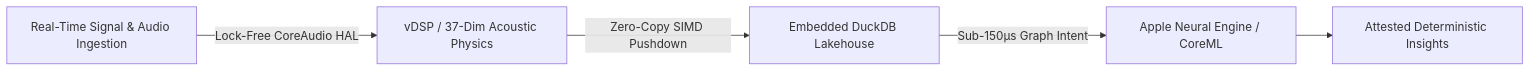
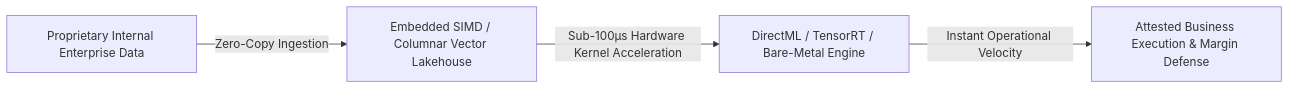
Before and after one commit to adamscarmccoy-boop/adamscarmccoy-boop: the diagram in README.md, drawn with Mermaid. The commit also changed other lines of this file, not shown here.

````diff
--- a/README.md
+++ b/README.md
@@ -38,7 +46,6 @@
 ```mermaid
 graph LR
-    A[Real-Time Signal & Audio Ingestion] -->|Lock-Free CoreAudio HAL| B[vDSP / 37-Dim Acoustic Physics]
-    B -->|Zero-Copy SIMD Pushdown| C[Embedded DuckDB Lakehouse]
-    C -->|Sub-150µs Graph Intent| D[Apple Neural Engine / CoreML]
-    D --> E[Attested Deterministic Insights]
+    A[Proprietary Internal Enterprise Data] -->|Zero-Copy Ingestion| B[Embedded SIMD / Columnar Vector Lakehouse]
+    B -->|Sub-100µs Hardware Kernel Acceleration| C[DirectML / TensorRT / Bare-Metal Engine]
+    C -->|Instant Operational Velocity| D[Attested Business Execution & Margin Defense]
 ```
````
